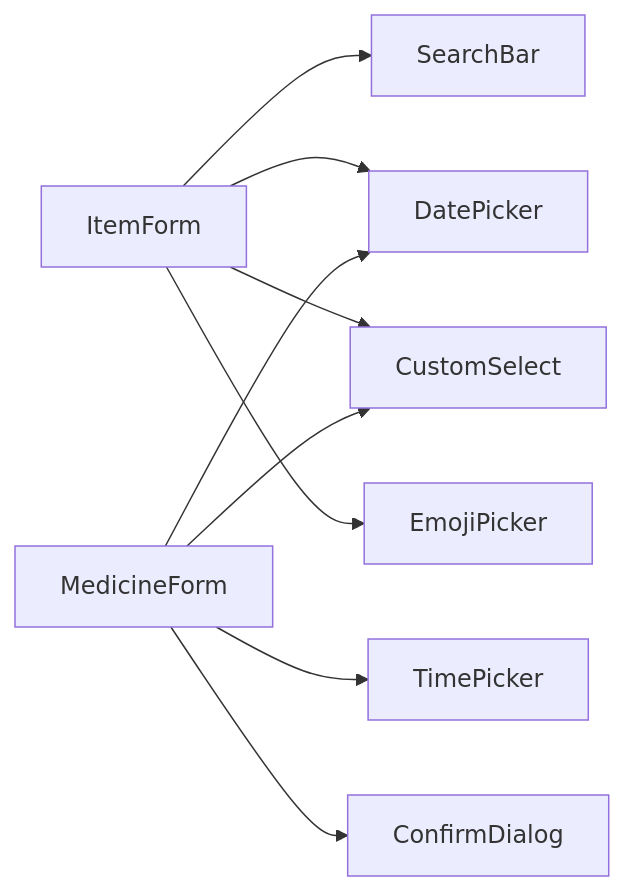
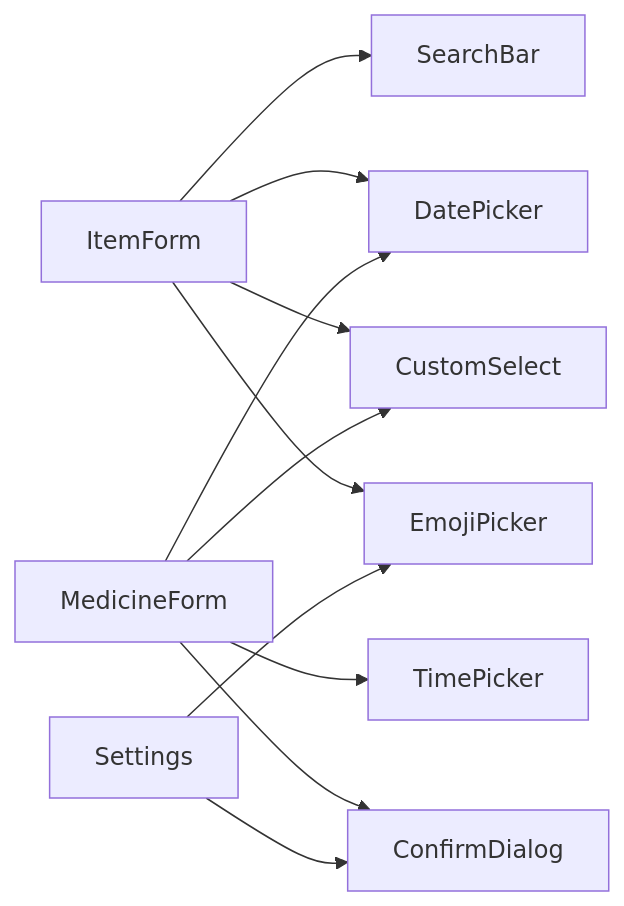
Before and after one commit to yn-zxj/Assetly: the sixth of 6 diagrams in .qoder/repowiki/zh/content/用户界面组件/通用组件.md, drawn with Mermaid. The commit also changed other lines of this file and 16 other files, not shown here.

````diff
--- a/.qoder/repowiki/zh/content/用户界面组件/通用组件.md
+++ b/.qoder/repowiki/zh/content/用户界面组件/通用组件.md
@@ -393,11 +429,13 @@
 ```mermaid
 graph LR
 IF["ItemForm"] --> SB["SearchBar"]
 IF --> DP["DatePicker"]
 IF --> CS["CustomSelect"]
 IF --> EP["EmojiPicker"]
 MF["MedicineForm"] --> DP
 MF --> TP["TimePicker"]
 MF --> CS
 MF --> CD["ConfirmDialog"]
+ST["Settings"] --> EP
+ST --> CD
 ```
````
